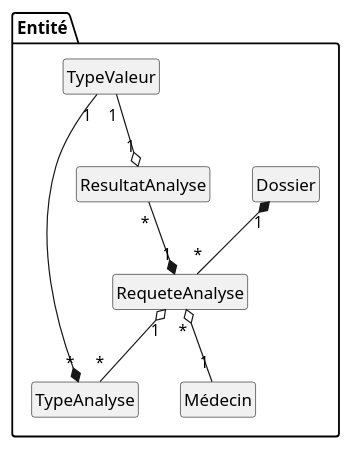
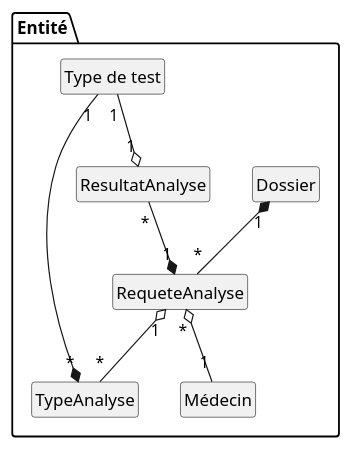
The diagram in Docs/Analyse_Sanguine/1_Analyse/Abstractions.md (MainKarl/Rooftop), drawn with PlantUML before and after one commit. The commit also changed other lines of this file and 1 other file, not shown here.

Commit message:
Ajout d'une hypothèse et fin de la rédaction des abstractions (glossaire)

````diff
--- a/Docs/Analyse_Sanguine/1_Analyse/Abstractions.md
+++ b/Docs/Analyse_Sanguine/1_Analyse/Abstractions.md
@@ -5,23 +5,23 @@
 ```plantuml
 @startuml
 hide circle
 hide method
 hide attribute
 package Entité{
     class "Dossier" as file
     class "RequeteAnalyse" as analysisRequest
     class "Médecin" as doctor
-    class "ResultatAnalyse" as valeurResultat
-    class "TypeValeur" as testType
-    class "TypeAnalyse" as TypeAnalyse
+    class "ResultatAnalyse" as analysistResult
+    class "Type de test" as testType
+    class "TypeAnalyse" as analysisType
     
 }
 
 file "1" *-- "*" analysisRequest
 analysisRequest "*" o-- "1" doctor
-valeurResultat "*" --* "1" analysisRequest
-testType "1" --o "1" valeurResultat
-testType "1" --* "*" TypeAnalyse
-analysisRequest "1" o-- "*" TypeAnalyse
+analysistResult "*" --* "1" analysisRequest
+testType "1" --o "1" analysistResult
+testType "1" --* "*" analysisType
+analysisRequest "1" o-- "*" analysisType
 @enduml
 ```
````
